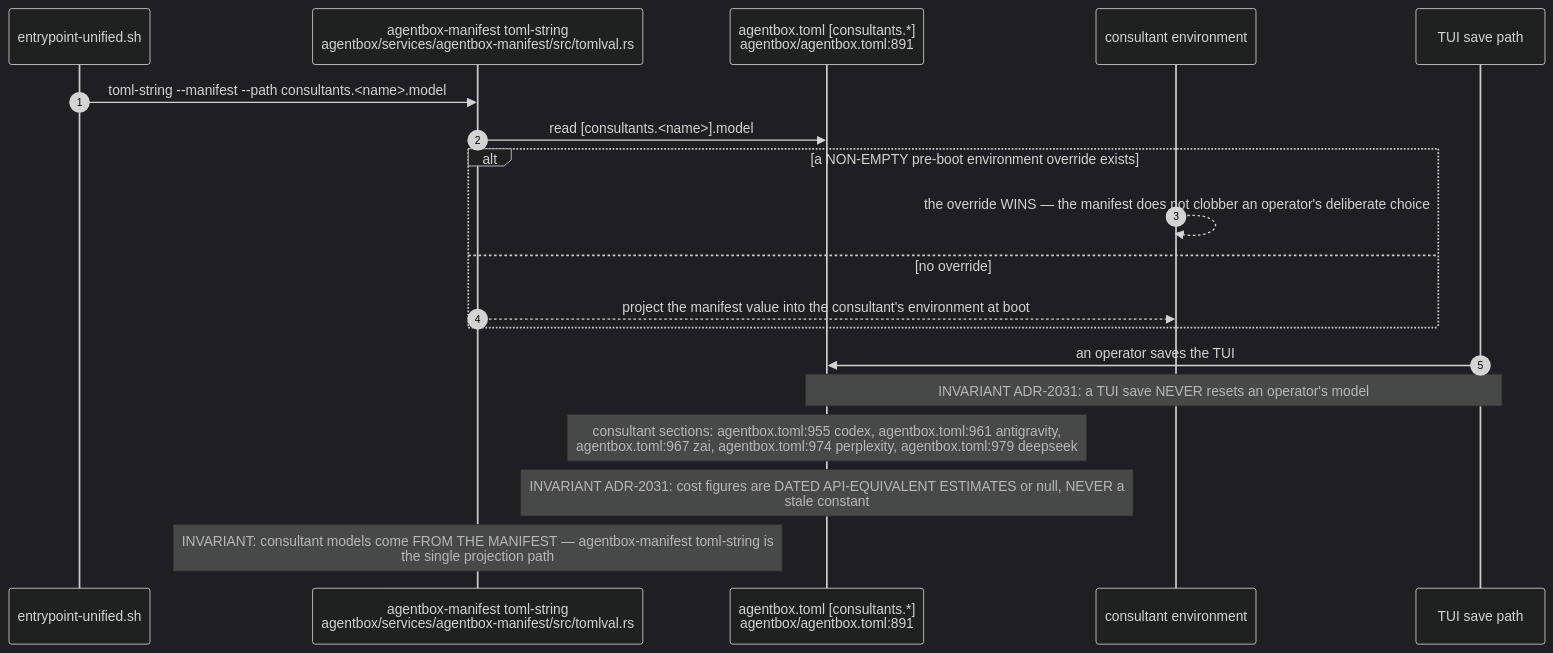
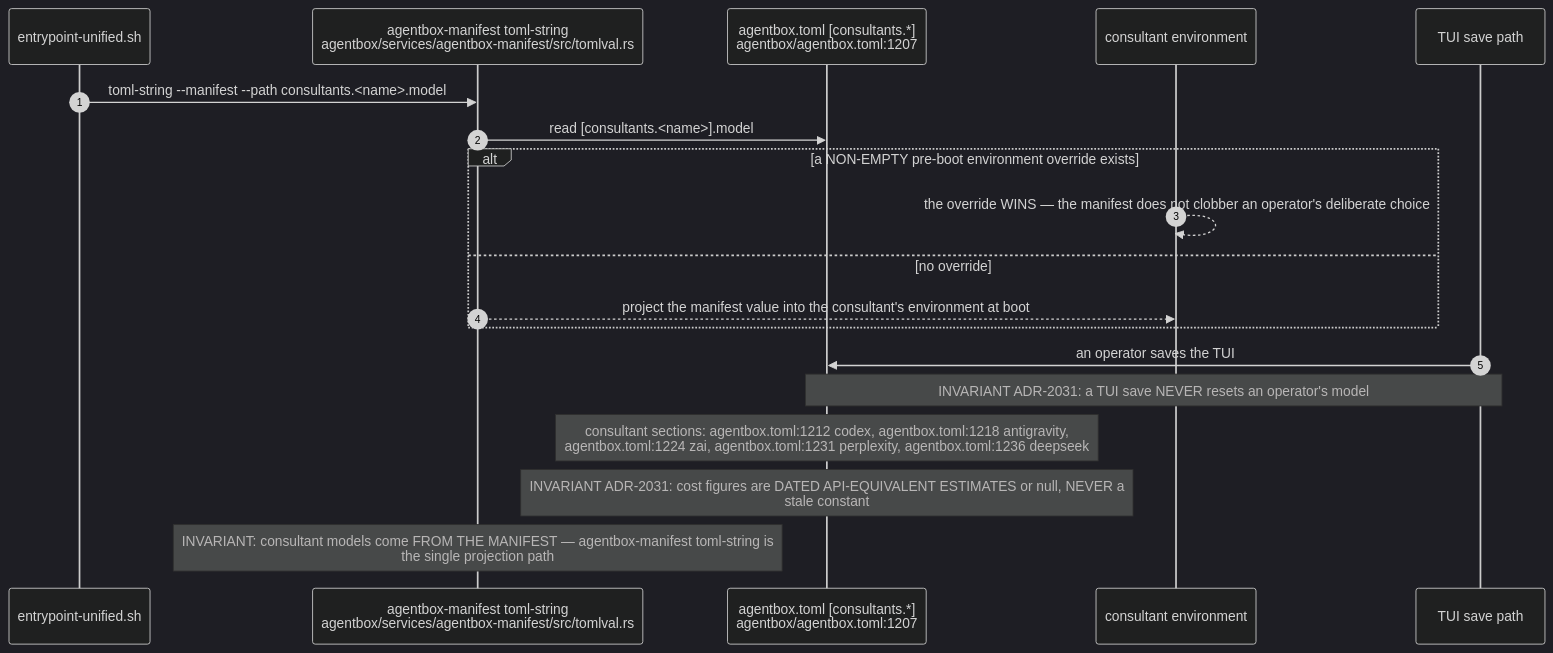
One commit to DreamLab-AI/VisionFlow changed the third of 13 diagrams in docs/diagrams/agentbox/28-agentbox-services-and-manifest-binary.md. Above: the diagram before and after it, drawn with Mermaid (dark theme). The commit also changed other lines of this file and 28 other files, not shown here.

````diff
--- a/docs/diagrams/agentbox/28-agentbox-services-and-manifest-binary.md
+++ b/docs/diagrams/agentbox/28-agentbox-services-and-manifest-binary.md
@@ -164,22 +170,22 @@
 ```mermaid
 sequenceDiagram
     autonumber
     participant EP as entrypoint-unified.sh
     participant BIN as agentbox-manifest toml-string<br/>agentbox/services/agentbox-manifest/src/tomlval.rs
-    participant TOML as agentbox.toml [consultants.*]<br/>agentbox/agentbox.toml:891
+    participant TOML as agentbox.toml [consultants.*]<br/>agentbox/agentbox.toml:1207
     participant ENV as consultant environment
     participant TUI as TUI save path
 
     EP->>BIN: toml-string --manifest --path consultants.<name>.model
     BIN->>TOML: read [consultants.<name>].model
     alt a NON-EMPTY pre-boot environment override exists
         ENV-->>ENV: the override WINS — the manifest does not clobber an operator's deliberate choice
     else no override
         BIN-->>ENV: project the manifest value into the consultant's environment at boot
     end
     TUI->>TOML: an operator saves the TUI
     Note over TUI,TOML: INVARIANT ADR-2031: a TUI save NEVER resets an operator's model
-    Note over TOML: consultant sections: agentbox.toml:955 codex, agentbox.toml:961 antigravity,<br/>agentbox.toml:967 zai, agentbox.toml:974 perplexity, agentbox.toml:979 deepseek
+    Note over TOML: consultant sections: agentbox.toml:1212 codex, agentbox.toml:1218 antigravity,<br/>agentbox.toml:1224 zai, agentbox.toml:1231 perplexity, agentbox.toml:1236 deepseek
     Note over TOML: INVARIANT ADR-2031: cost figures are DATED API-EQUIVALENT ESTIMATES or null, NEVER a<br/>stale constant
     Note over BIN: INVARIANT: consultant models come FROM THE MANIFEST — agentbox-manifest toml-string is<br/>the single projection path
 ```
````
